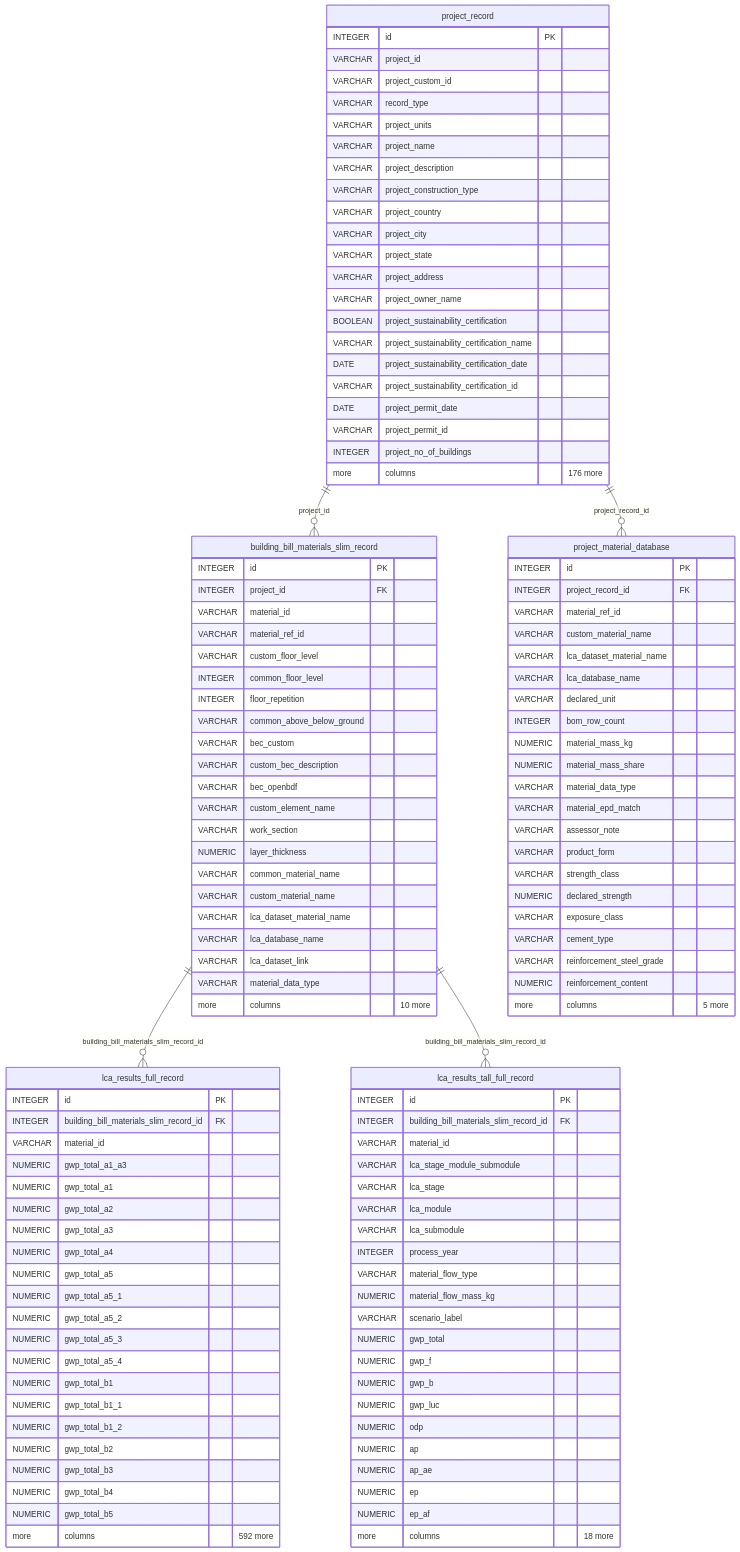
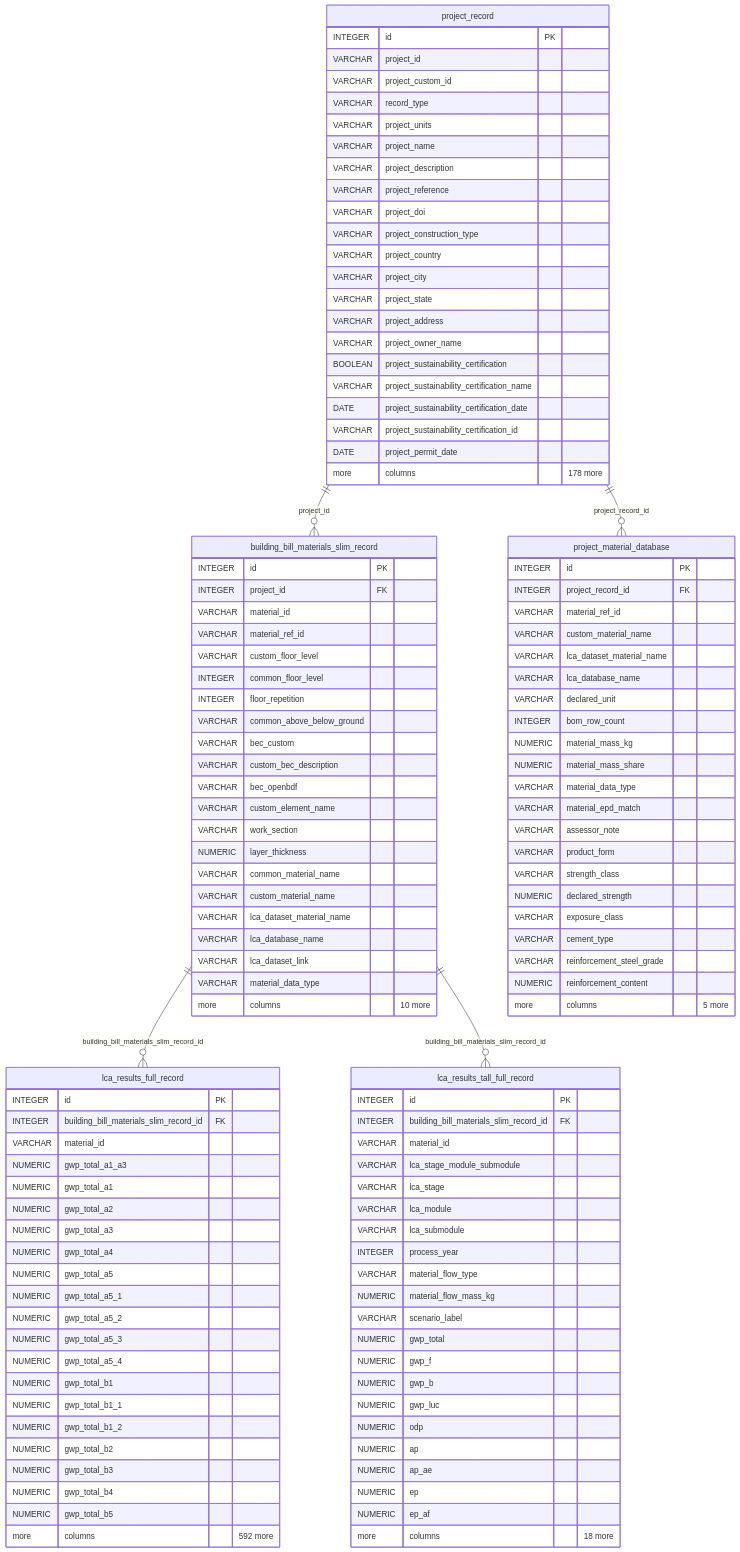
Before and after one commit to EPFL-ENAC/lmc-openbdf: the diagram in docs/src/developer/erd.md, drawn with Mermaid. The commit also changed 1 other file, not shown here.

Commit message:
feat: add reference and doi to general infos

```diff
--- a/docs/src/developer/erd.md
+++ b/docs/src/developer/erd.md
@@ -105,6 +105,8 @@
     VARCHAR project_units
     VARCHAR project_name
     VARCHAR project_description
+    VARCHAR project_reference
+    VARCHAR project_doi
     VARCHAR project_construction_type
     VARCHAR project_country
     VARCHAR project_city
@@ -116,9 +118,7 @@
     DATE project_sustainability_certification_date
     VARCHAR project_sustainability_certification_id
     DATE project_permit_date
-    VARCHAR project_permit_id
-    INTEGER project_no_of_buildings
-    more columns "176 more"
+    more columns "178 more"
   }
   building_bill_materials_slim_record ||--o{ lca_results_full_record : "building_bill_materials_slim_record_id"
   building_bill_materials_slim_record ||--o{ lca_results_tall_full_record : "building_bill_materials_slim_record_id"
```
